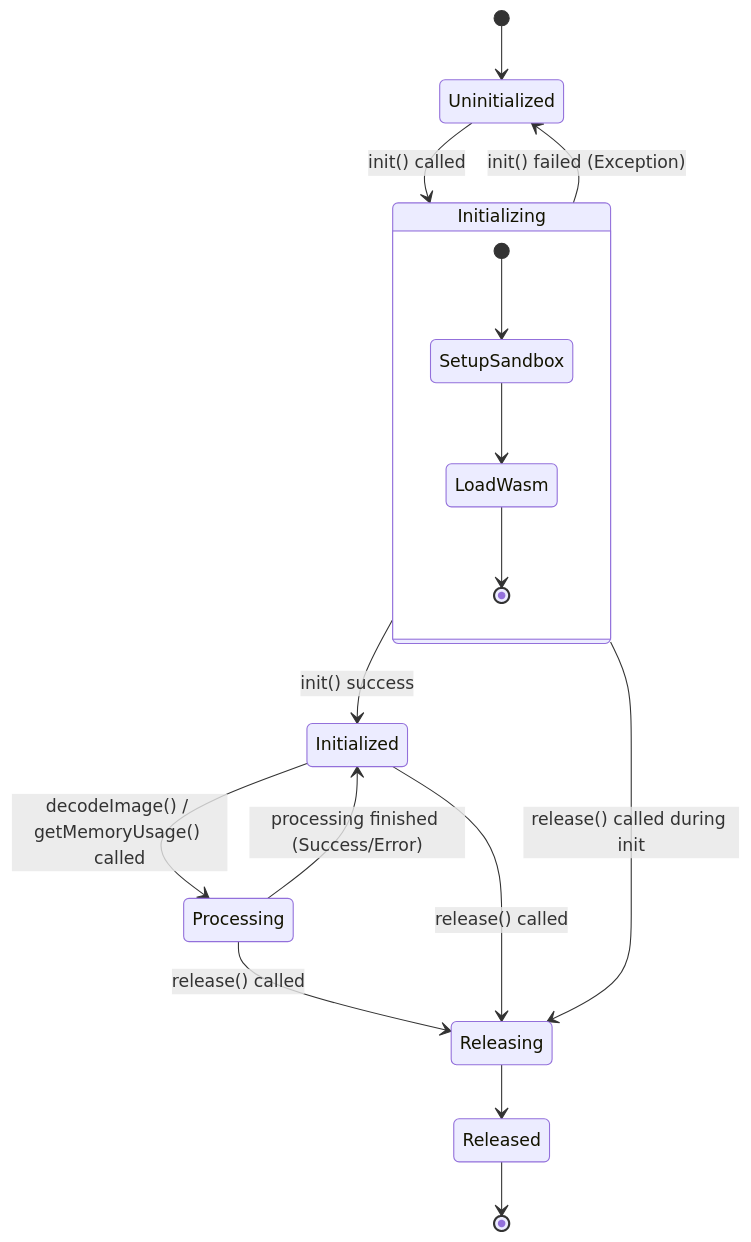
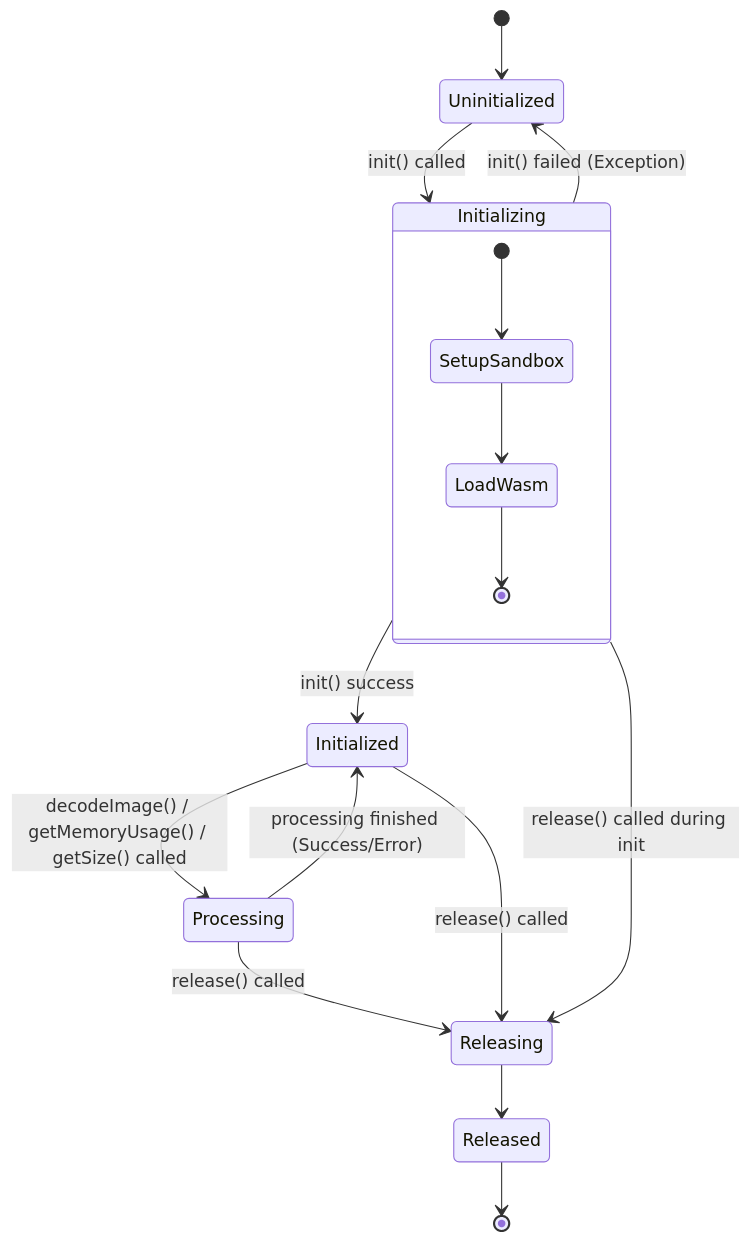
Before and after one commit to keiji/jp2k-decoder-android: the third of 3 diagrams in docs/design.md, drawn with Mermaid. The commit also changed other lines of this file and 7 other files, not shown here.

First line of the commit message:
Implement getSize to retrieve image dimensions without decoding

````diff
--- a/docs/design.md
+++ b/docs/design.md
@@ -114,26 +114,26 @@
 ```mermaid
 stateDiagram-v2
     [*] --> Uninitialized
 
     Uninitialized --> Initializing : init() called
 
     state Initializing {
         [*] --> SetupSandbox
         SetupSandbox --> LoadWasm
         LoadWasm --> [*]
     }
 
     Initializing --> Initialized : init() success
     Initializing --> Uninitialized : init() failed (Exception)
     Initializing --> Releasing : release() called during init
 
-    Initialized --> Processing : decodeImage() / getMemoryUsage() called
+    Initialized --> Processing : decodeImage() / getMemoryUsage() / getSize() called
     Processing --> Initialized : processing finished (Success/Error)
 
     Processing --> Releasing : release() called
 
     Initialized --> Releasing : release() called
 
     Releasing --> Released
     Released --> [*]
 ```
````
